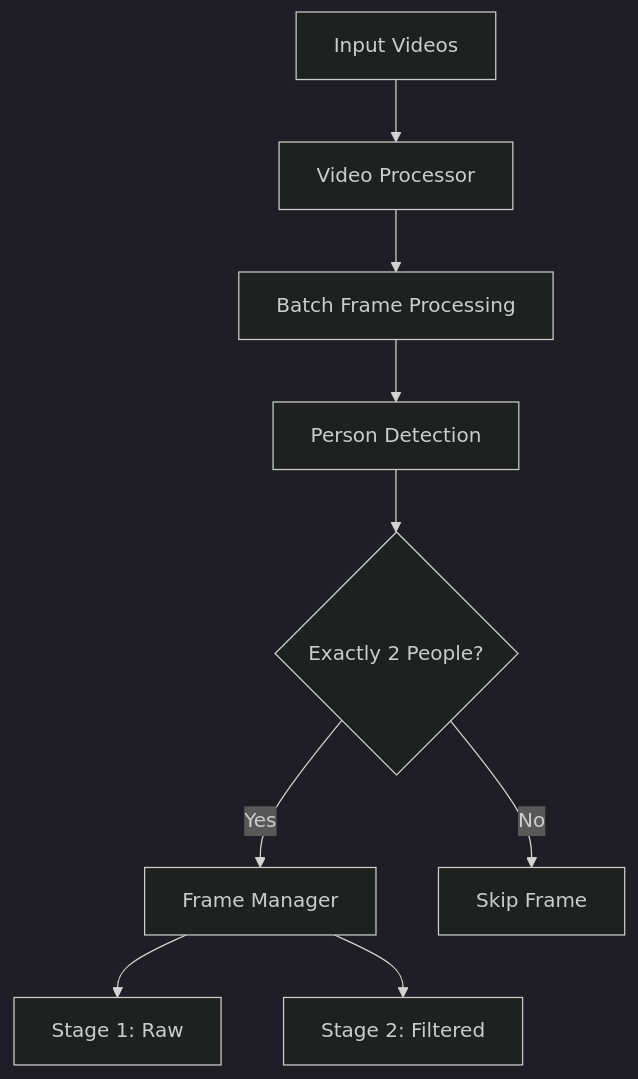
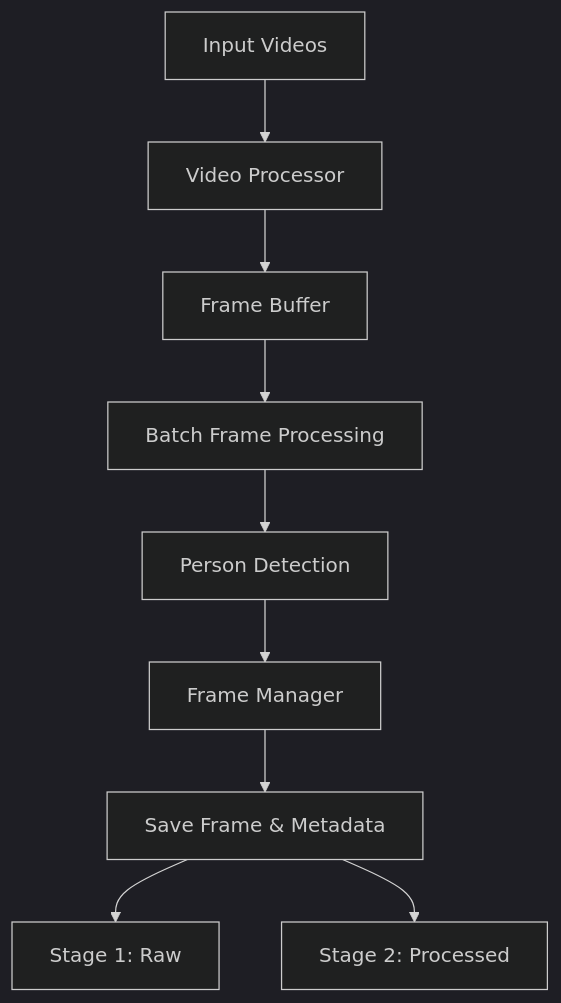
One commit to phonglk/video-logs-extract changed the first of 2 diagrams in README.md. Above: the diagram before and after it, drawn with Mermaid (dark theme). The commit also changed other lines of this file and 30 other files, not shown here.

````diff
--- a/README.md
+++ b/README.md
@@ -9,11 +9,11 @@
 ```mermaid
 graph TD
     A[Input Videos] --> B[Video Processor]
-    B --> C[Batch Frame Processing]
-    C --> D[Person Detection]
-    D --> E{Exactly 2 People?}
-    E --> |Yes| F[Frame Manager]
-    E --> |No| G[Skip Frame]
-    F --> H[Stage 1: Raw]
-    F --> I[Stage 2: Filtered]
+    B --> C[Frame Buffer]
+    C --> D[Batch Frame Processing]
+    D --> E[Person Detection]
+    E --> F[Frame Manager]
+    F --> G[Save Frame & Metadata]
+    G --> H[Stage 1: Raw]
+    G --> I[Stage 2: Processed]
 ```
````
